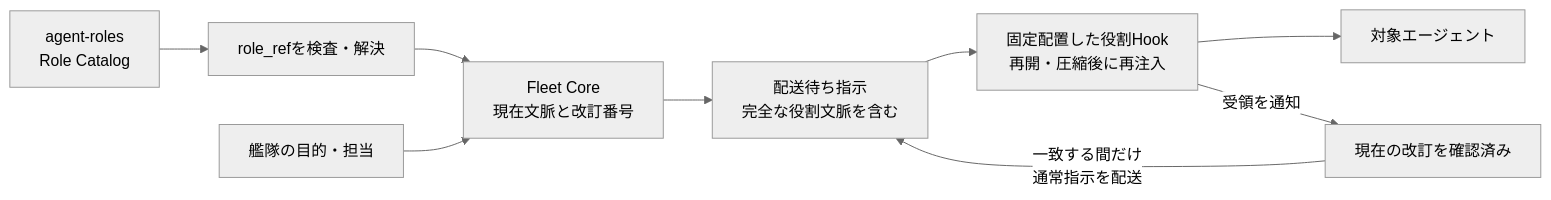
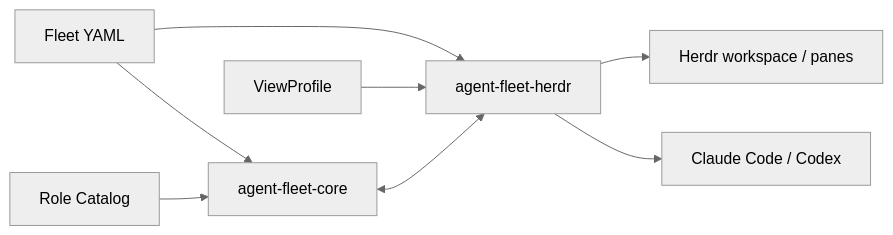
Before and after one commit to nakamori-naoya/agent-fleet-plugins: the diagram in docs/2026-08-31-エージェント艦隊-連携と全体制御.md, drawn with Mermaid (neutral theme). The commit also changed other lines of this file and 47 other files, not shown here.

````diff
--- a/docs/2026-08-31-エージェント艦隊-連携と全体制御.md
+++ b/docs/2026-08-31-エージェント艦隊-連携と全体制御.md
@@ -78,15 +7,10 @@
 ```mermaid
 flowchart LR
-    R[agent-roles<br/>Role Catalog]
-    V[role_refを検査・解決]
-    F[艦隊の目的・担当]
-    C[Fleet Core<br/>現在文脈と改訂番号]
-    O[配送待ち指示<br/>完全な役割文脈を含む]
-    H[固定配置した役割Hook<br/>再開・圧縮後に再注入]
-    K[現在の改訂を確認済み]
-    A[対象エージェント]
-    R --> V --> C
-    F --> C --> O --> H --> A
-    H -->|受領を通知| K
-    K -->|一致する間だけ<br/>通常指示を配送| O
+    F[Fleet YAML] --> C[agent-fleet-core]
+    R[Role Catalog] --> C
+    F --> H[agent-fleet-herdr]
+    V[ViewProfile] --> H
+    C <--> H
+    H --> D[Herdr workspace / panes]
+    H --> A[Claude Code / Codex]
 ```
````
